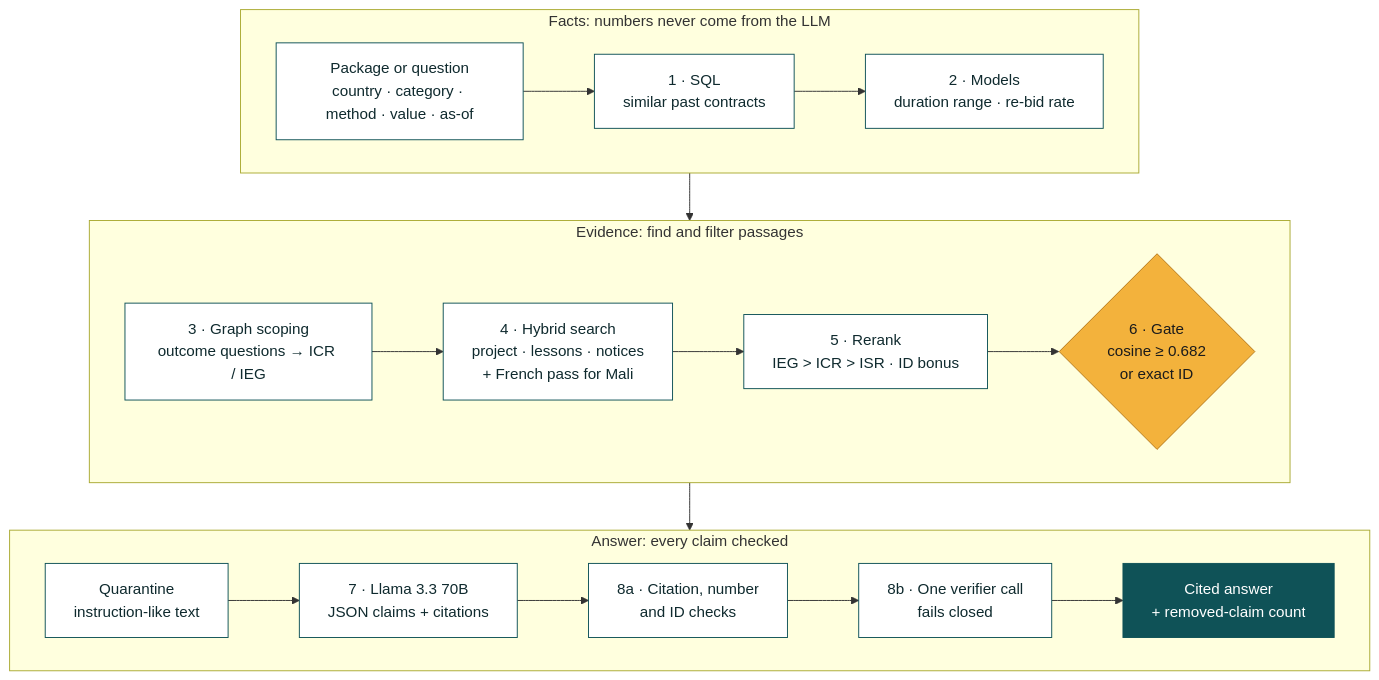
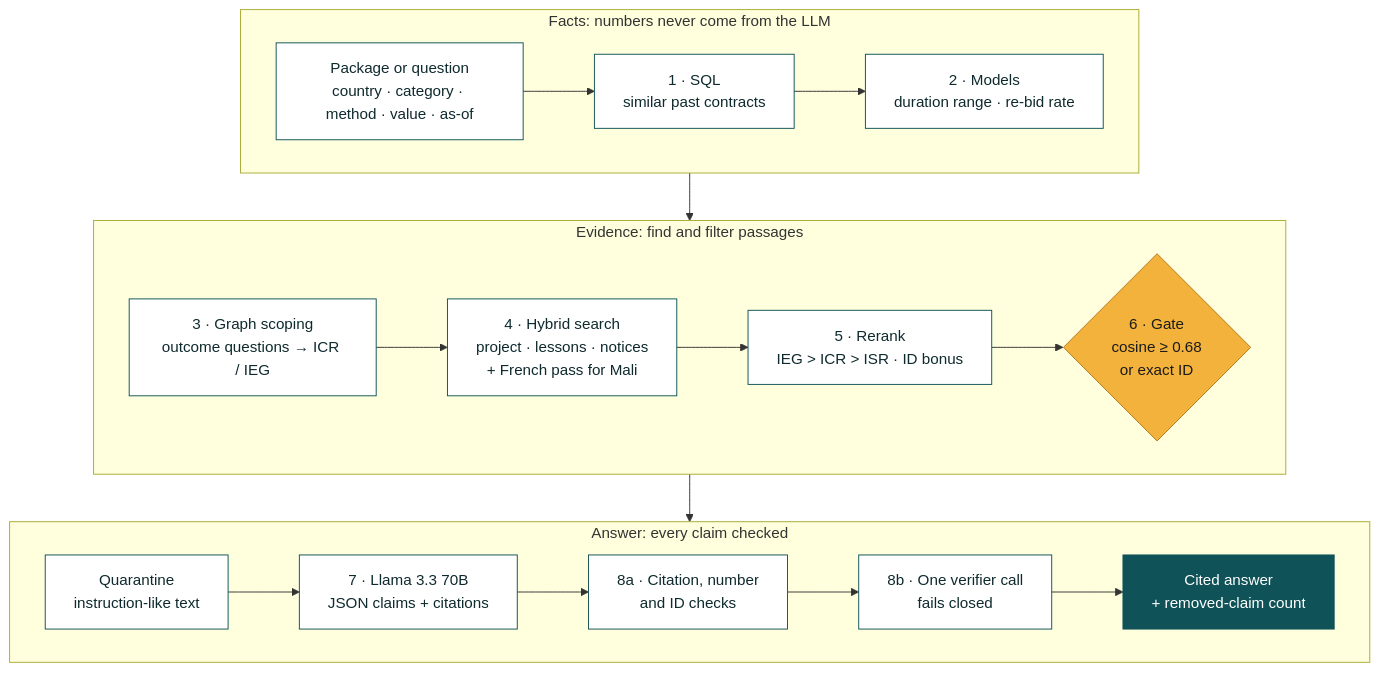
One commit to dm15072000/wb-procurement-intelligence changed the diagram in slides/diagrams/rag_flow.mmd. Above: the diagram before and after it, drawn with Mermaid. The commit also changed 11 other files, not shown here.

```diff
--- a/slides/diagrams/rag_flow.mmd
+++ b/slides/diagrams/rag_flow.mmd
@@ -1,22 +1,22 @@
 %% RAG request flow (from docs/10 Diagram 2, updated 2026-10-23: routing, French pass, pure-vector gate; all run)
 flowchart TB
   subgraph R1["Facts: numbers never come from the LLM"]
     direction LR
     IN["Package or question<br/>country · category · method · value · as-of"] --> F1["1 · SQL<br/>similar past contracts"] --> F2["2 · Models<br/>duration range · re-bid rate"]
   end
   subgraph R2["Evidence: find and filter passages"]
     direction LR
-    F3["3 · Graph scoping<br/>outcome questions → ICR / IEG"] --> S["4 · Hybrid search<br/>project · lessons · notices<br/>+ French pass for Mali"] --> RR["5 · Rerank<br/>IEG > ICR > ISR · ID bonus"] --> G{"6 · Gate<br/>cosine ≥ 0.682<br/>or exact ID"}
+    F3["3 · Graph scoping<br/>outcome questions → ICR / IEG"] --> S["4 · Hybrid search<br/>project · lessons · notices<br/>+ French pass for Mali"] --> RR["5 · Rerank<br/>IEG > ICR > ISR · ID bonus"] --> G{"6 · Gate<br/>cosine ≥ 0.68<br/>or exact ID"}
   end
   subgraph R3["Answer: every claim checked"]
     direction LR
     QZ["Quarantine<br/>instruction-like text"] --> GEN["7 · Llama 3.3 70B<br/>JSON claims + citations"] --> MC["8a · Citation, number<br/>and ID checks"] --> VF["8b · One verifier call<br/>fails closed"] --> OUT["Cited answer<br/>+ removed-claim count"]
   end
   R1 --> R2 --> R3
 
   classDef step fill:#FFFFFF,stroke:#0F5257,color:#0F2A2E
   classDef gate fill:#F3B23C,stroke:#B5781A,color:#1B1B1B
   classDef out fill:#0F5257,stroke:#0F5257,color:#FFFFFF
   class IN,F1,F2,F3,S,RR,QZ,GEN,MC,VF step
   class G gate
   class OUT out
```
